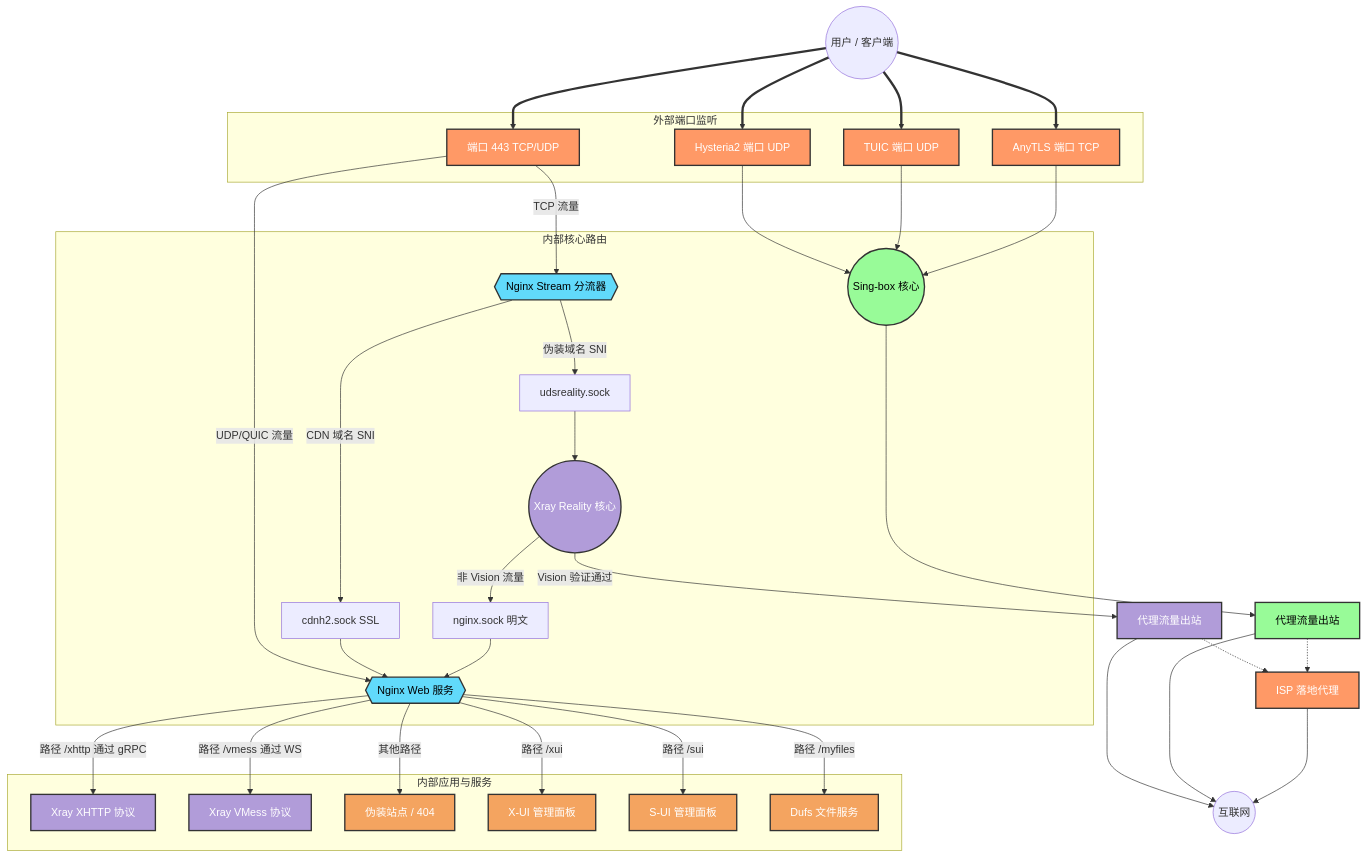
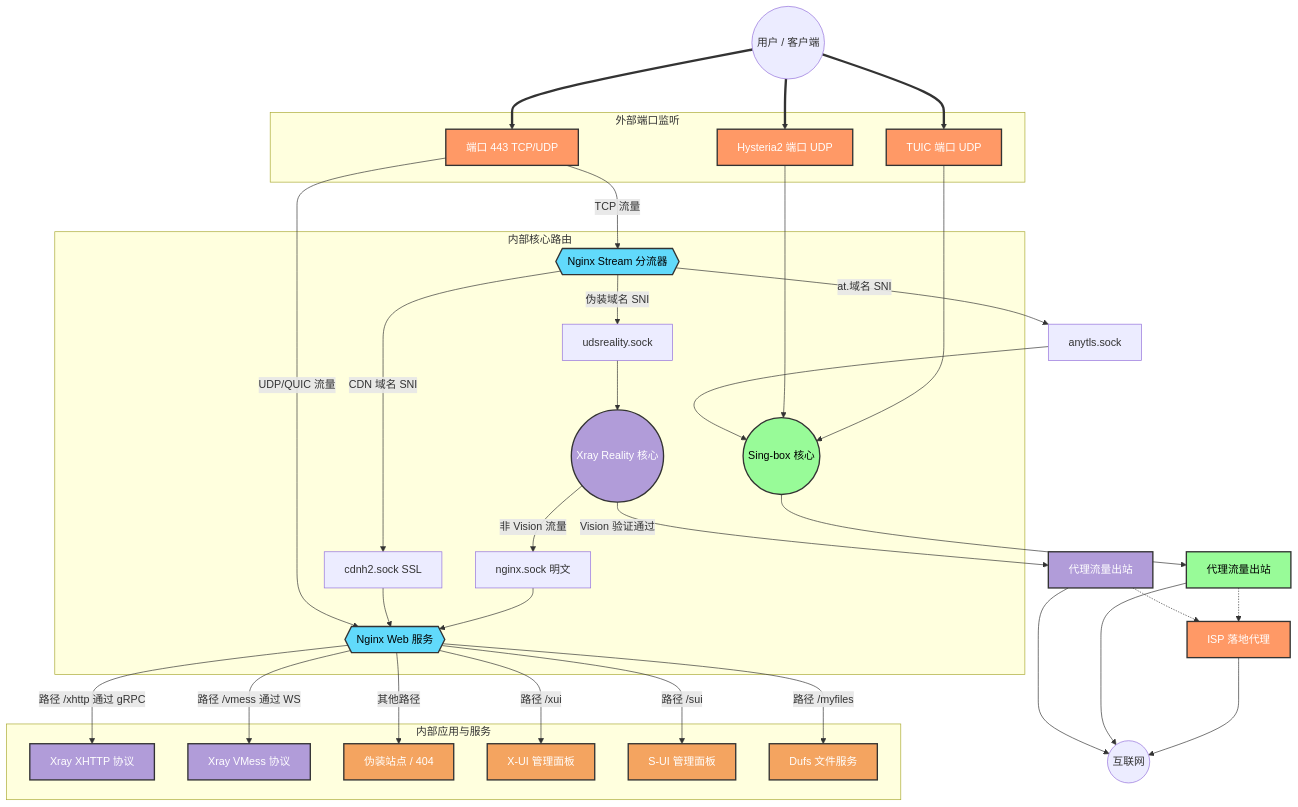
Before and after one commit to currycan/key: the first of 9 diagrams in docker/sb-xray/docs/01-architecture-and-traffic.md, drawn with Mermaid. The commit also changed other lines of this file and 3 other files, not shown here.

First line of the commit message:
docs: update AnyTLS documentation for TCP 443 SNI routing

````diff
--- a/docker/sb-xray/docs/01-architecture-and-traffic.md
+++ b/docker/sb-xray/docs/01-architecture-and-traffic.md
@@ -47,69 +47,67 @@
 ```mermaid
 graph TD
     classDef entry fill:#f96,stroke:#333,stroke-width:2px,color:white
     classDef nginx fill:#61dafb,stroke:#333,stroke-width:2px,color:black
     classDef xray fill:#b19cd9,stroke:#333,stroke-width:2px,color:white
     classDef sing fill:#98fb98,stroke:#333,stroke-width:2px,color:black
     classDef app fill:#f4a460,stroke:#333,stroke-width:2px,color:white
 
     User((用户 / 客户端))
 
     subgraph 外部端口监听
         P443["端口 443 TCP/UDP"]:::entry
         PHysteria["Hysteria2 端口 UDP"]:::entry
         PTuic["TUIC 端口 UDP"]:::entry
-        PAnyTLS["AnyTLS 端口 TCP"]:::entry
     end
 
     User ==> P443
     User ==> PHysteria
     User ==> PTuic
-    User ==> PAnyTLS
 
     subgraph 内部核心路由
         NginxStream{{"Nginx Stream 分流器"}}:::nginx
         NginxWeb{{"Nginx Web 服务"}}:::nginx
         XrayReality(("Xray Reality 核心")):::xray
         SingBox(("Sing-box 核心")):::sing
         UDS_Reality["udsreality.sock"]
         UDS_CDN["cdnh2.sock SSL"]
         UDS_Nginx["nginx.sock 明文"]
     end
 
     P443 -- TCP 流量 --> NginxStream
     P443 -- UDP/QUIC 流量 --> NginxWeb
 
     NginxStream -- "伪装域名 SNI" --> UDS_Reality --> XrayReality
     NginxStream -- "CDN 域名 SNI" --> UDS_CDN --> NginxWeb
+    NginxStream -- "at.域名 SNI" --> UDS_AnyTLS["anytls.sock"] --> SingBox
 
     XrayReality -- "Vision 验证通过" --> ProxyOut1["代理流量出站"]:::xray
     XrayReality -- "非 Vision 流量" --> UDS_Nginx
     UDS_Nginx --> NginxWeb
 
     PHysteria --> SingBox
     PTuic --> SingBox
-    PAnyTLS --> SingBox
     SingBox --> ProxyOut2["代理流量出站"]:::sing
 
     ProxyOut1 -.-> ISP["ISP 落地代理"]:::entry
     ProxyOut2 -.-> ISP
     ProxyOut1 --> Internet((互联网))
     ProxyOut2 --> Internet
     ISP --> Internet
 
     subgraph 内部应用与服务
         AppXHTTP["Xray XHTTP 协议"]:::xray
         AppVMess["Xray VMess 协议"]:::xray
         AppWeb["伪装站点 / 404"]:::app
         AppXUI["X-UI 管理面板"]:::app
         AppSUI["S-UI 管理面板"]:::app
         AppFiles["Dufs 文件服务"]:::app
     end
 
     NginxWeb -- "路径 /xhttp 通过 gRPC" --> AppXHTTP
     NginxWeb -- "路径 /vmess 通过 WS" --> AppVMess
     NginxWeb -- "路径 /xui" --> AppXUI
     NginxWeb -- "路径 /sui" --> AppSUI
     NginxWeb -- "路径 /myfiles" --> AppFiles
     NginxWeb -- "其他路径" --> AppWeb
 ```
````
